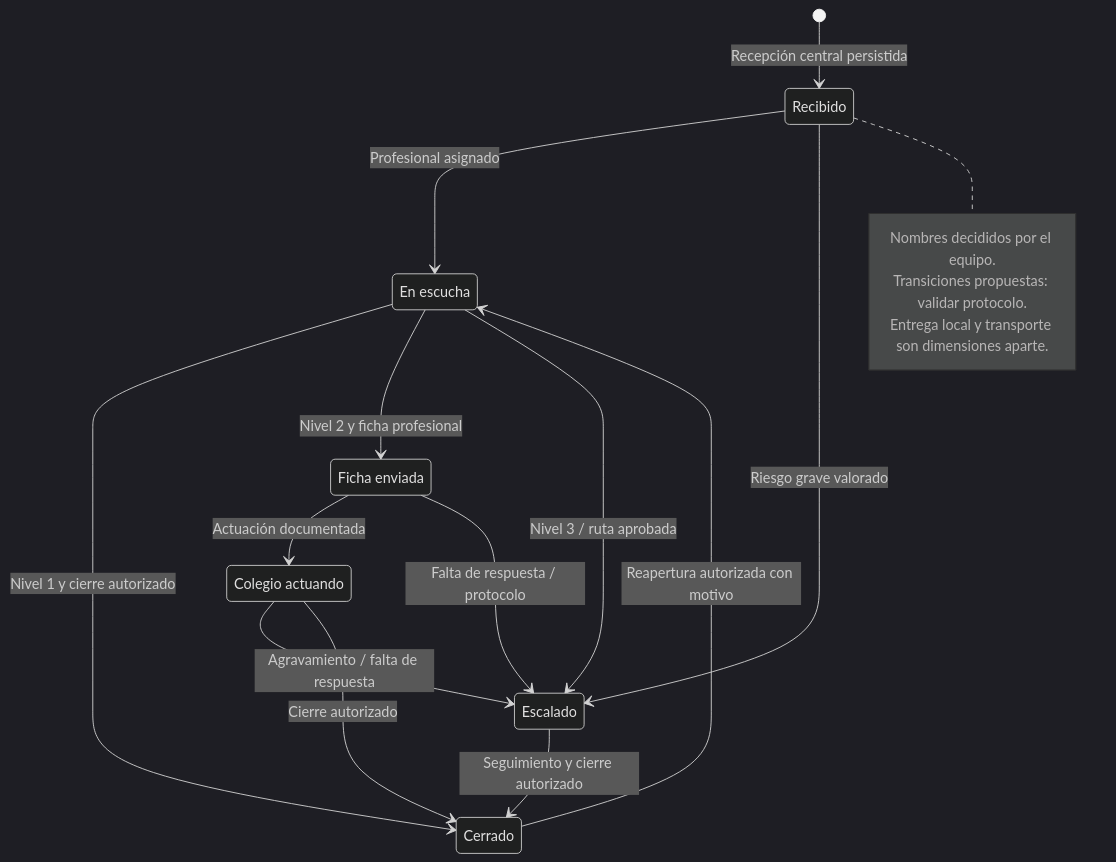
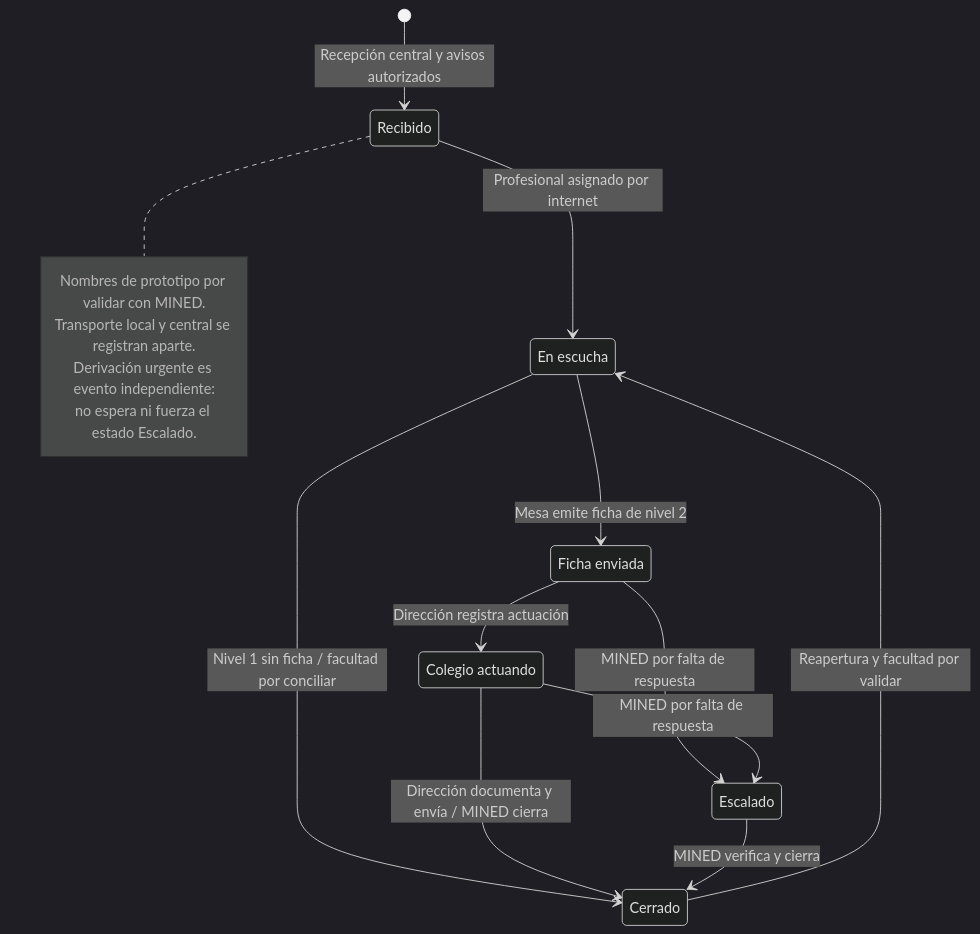
The diagram in docs/diseno/flujos/07-estados.mmd (JaBaca67/Setu-Unicef-Bugnuelitos-UAM), drawn with Mermaid (dark theme) before and after one commit. The commit also changed 13 other files, not shown here.

```diff
--- a/docs/diseno/flujos/07-estados.mmd
+++ b/docs/diseno/flujos/07-estados.mmd
@@ -1,21 +1,20 @@
 stateDiagram-v2
     state "En escucha" as En_escucha
     state "Ficha enviada" as Ficha_enviada
     state "Colegio actuando" as Colegio_actuando
-    [*] --> Recibido: Recepción central persistida
-    Recibido --> En_escucha: Profesional asignado
-    Recibido --> Escalado: Riesgo grave valorado
-    En_escucha --> Cerrado: Nivel 1 y cierre autorizado
-    En_escucha --> Ficha_enviada: Nivel 2 y ficha profesional
-    En_escucha --> Escalado: Nivel 3 / ruta aprobada
-    Ficha_enviada --> Colegio_actuando: Actuación documentada
-    Ficha_enviada --> Escalado: Falta de respuesta / protocolo
-    Colegio_actuando --> Escalado: Agravamiento / falta de respuesta
-    Colegio_actuando --> Cerrado: Cierre autorizado
-    Escalado --> Cerrado: Seguimiento y cierre autorizado
-    Cerrado --> En_escucha: Reapertura autorizada con motivo
+    [*] --> Recibido: Recepción central y avisos autorizados
+    Recibido --> En_escucha: Profesional asignado por internet
+    En_escucha --> Cerrado: Nivel 1 sin ficha / facultad por conciliar
+    En_escucha --> Ficha_enviada: Mesa emite ficha de nivel 2
+    Ficha_enviada --> Colegio_actuando: Dirección registra actuación
+    Ficha_enviada --> Escalado: MINED por falta de respuesta
+    Colegio_actuando --> Escalado: MINED por falta de respuesta
+    Colegio_actuando --> Cerrado: Dirección documenta y envía / MINED cierra
+    Escalado --> Cerrado: MINED verifica y cierra
+    Cerrado --> En_escucha: Reapertura y facultad por validar
     note right of Recibido
-        Nombres decididos por el equipo.
-        Transiciones propuestas: validar protocolo.
-        Entrega local y transporte son dimensiones aparte.
+        Nombres de prototipo por validar con MINED.
+        Transporte local y central se registran aparte.
+        Derivación urgente es evento independiente:
+        no espera ni fuerza el estado Escalado.
     end note
```
